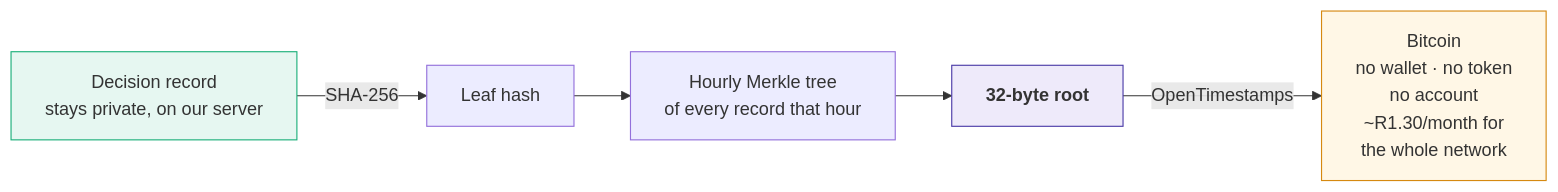
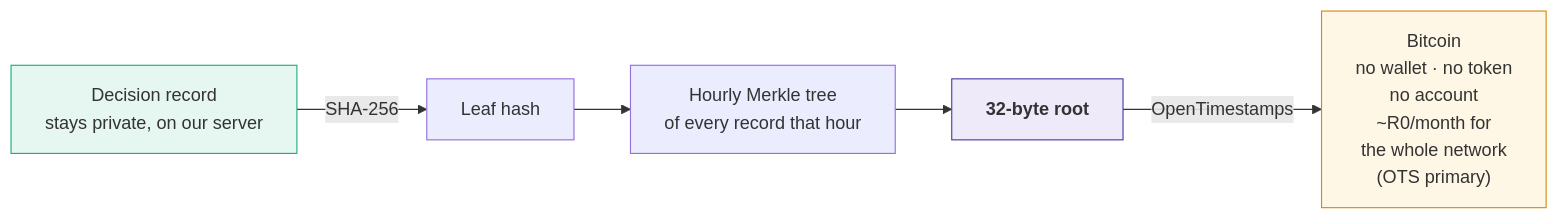
One commit to LethaboMH14/V.U.KA--Geekulcha changed the third of 47 diagrams in docs/01-ARCHITECTURE.md. Above: the diagram before and after it, drawn with Mermaid. The commit also changed other lines of this file and 11 other files, not shown here.

First line of the commit message:
fix(P2.11/G22): correct the R1.30/month anchoring figure everywhere

````diff
--- a/docs/01-ARCHITECTURE.md
+++ b/docs/01-ARCHITECTURE.md
@@ -162,10 +162,10 @@
 ```mermaid
 flowchart LR
     R["Decision record<br/>stays private, on our server"] -->|"SHA-256"| H["Leaf hash"]
     H --> M["Hourly Merkle tree<br/>of every record that hour"]
     M --> ROOT["<b>32-byte root</b>"]
-    ROOT -->|"OpenTimestamps"| BTC["Bitcoin<br/>no wallet · no token<br/>no account<br/>~R1.30/month for<br/>the whole network"]
+    ROOT -->|"OpenTimestamps"| BTC["Bitcoin<br/>no wallet · no token<br/>no account<br/>~R0/month for<br/>the whole network<br/>(OTS primary)"]
     style R fill:#e6f7f1,stroke:#1baf7a
     style ROOT fill:#eeeafa,stroke:#4a3aa7
     style BTC fill:#fff7e6,stroke:#d68910
 ```
````
